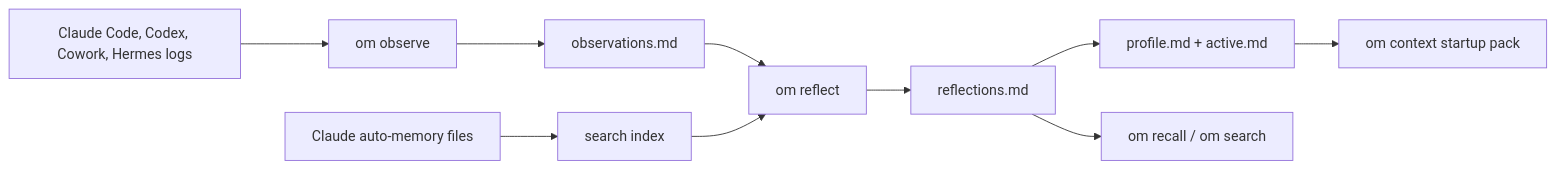
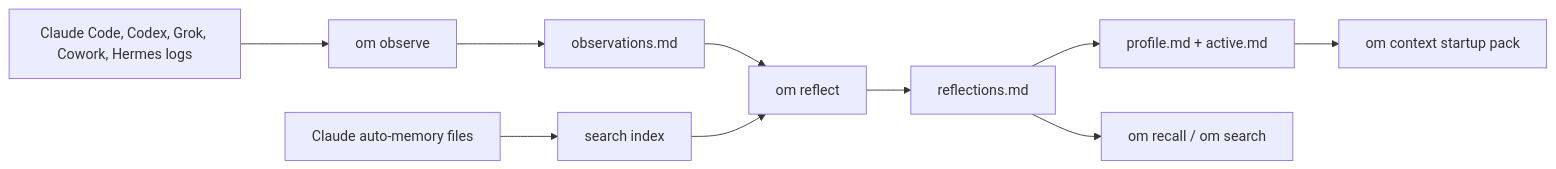
One commit to intertwine/observational-memory changed the diagram in README.md. Above: the diagram before and after it, drawn with Mermaid. The commit also changed other lines of this file and 8 other files, not shown here.

````diff
--- a/README.md
+++ b/README.md
@@ -71,12 +72,12 @@
 ```mermaid
 flowchart LR
-    A["Claude Code, Codex, Cowork, Hermes logs"] --> B["om observe"]
+    A["Claude Code, Codex, Grok, Cowork, Hermes logs"] --> B["om observe"]
     C["Claude auto-memory files"] --> D["search index"]
     B --> E["observations.md"]
     E --> F["om reflect"]
     D --> F
     F --> G["reflections.md"]
     G --> H["profile.md + active.md"]
     H --> I["om context startup pack"]
     G --> J["om recall / om search"]
 ```
````
